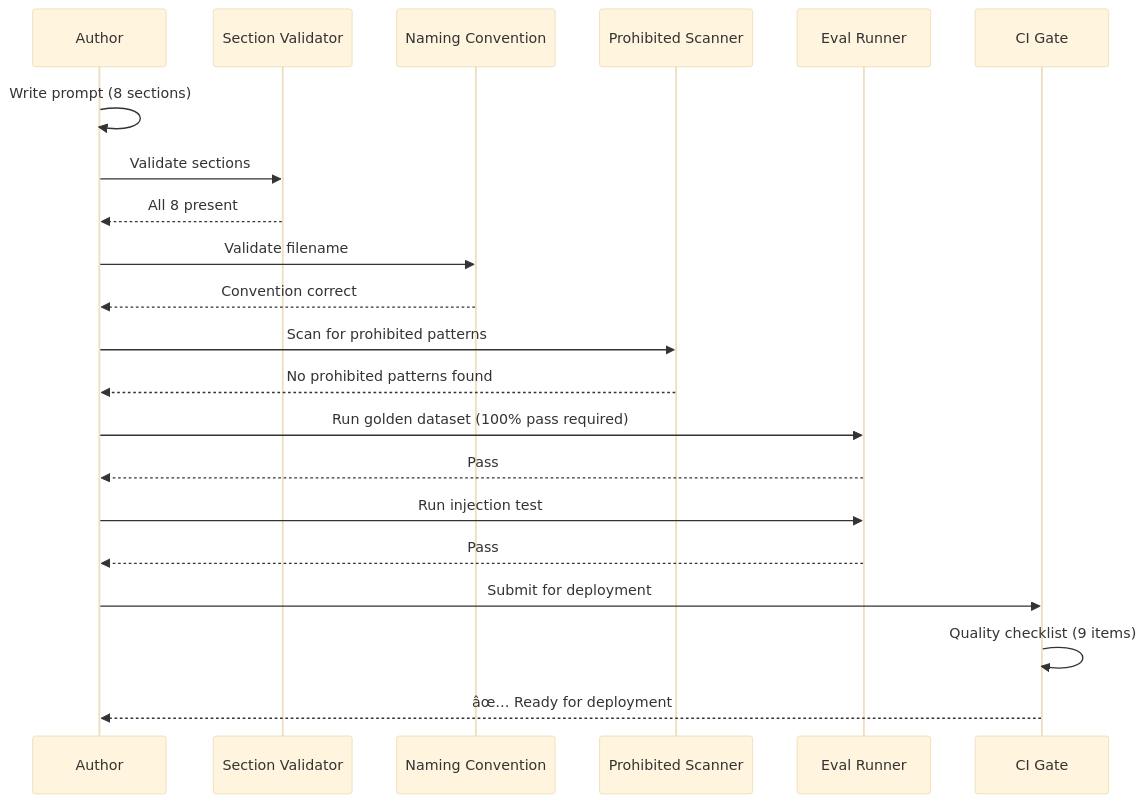
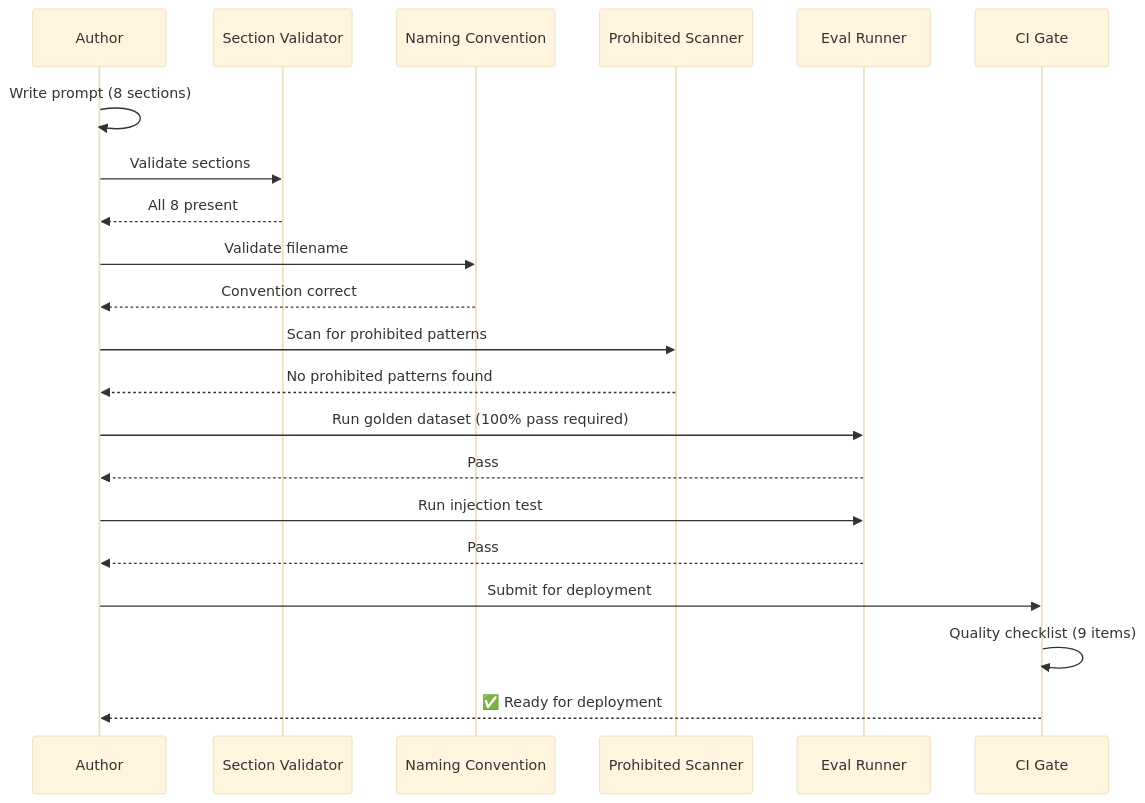
Before and after one commit to Driftloom/Vaeloom: the third of 3 diagrams in Docs/AI/Prompt-Standards.md, drawn with Mermaid (base theme). The commit also changed other lines of this file and 18 other files, not shown here.

Commit message:
docs(ai): add AI architecture overview and model routing

````diff
--- a/Docs/AI/Prompt-Standards.md
+++ b/Docs/AI/Prompt-Standards.md
@@ -227,29 +227,29 @@
 ```mermaid
 sequenceDiagram
     participant AU as Author
     participant SV as Section Validator
     participant NC as Naming Convention
     participant PS as Prohibited Scanner
     participant EV as Eval Runner
     participant CI as CI Gate
 
     AU->>AU: Write prompt (8 sections)
     AU->>SV: Validate sections
     SV-->>AU: All 8 present
     
     AU->>NC: Validate filename
     NC-->>AU: Convention correct
     
     AU->>PS: Scan for prohibited patterns
     PS-->>AU: No prohibited patterns found
     
     AU->>EV: Run golden dataset (100% pass required)
     EV-->>AU: Pass
     
     AU->>EV: Run injection test
     EV-->>AU: Pass
     
     AU->>CI: Submit for deployment
     CI->>CI: Quality checklist (9 items)
-    CI-->>AU: âœ… Ready for deployment
+    CI-->>AU: ✅ Ready for deployment
 ```
````
